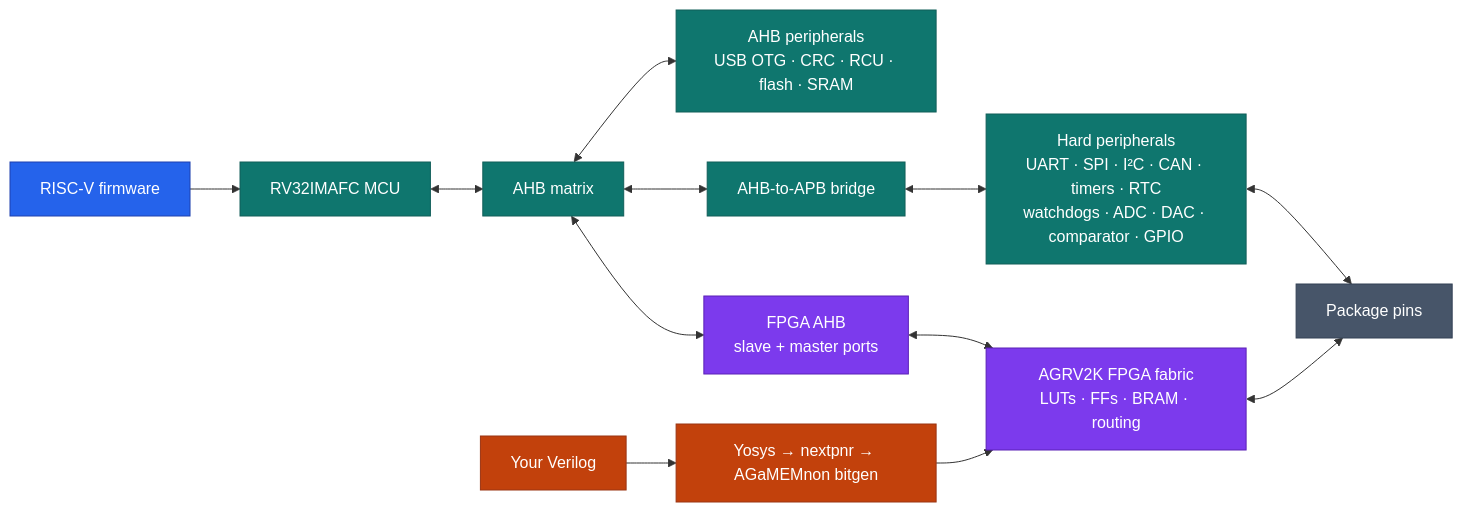
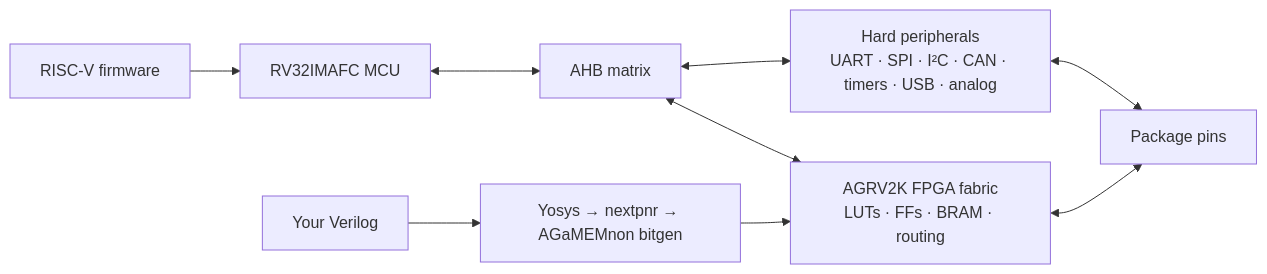
The diagram in docs/AG32_OVERVIEW.md (codeandsolder/AGaMEMnon), drawn with Mermaid before and after one commit. The commit also changed other lines of this file, not shown here.

````diff
--- a/docs/AG32_OVERVIEW.md
+++ b/docs/AG32_OVERVIEW.md
@@ -18,31 +18,11 @@
 ```mermaid
 flowchart LR
     FW["RISC-V firmware"] --> MCU["RV32IMAFC MCU"]
-
     MCU <--> AHB["AHB matrix"]
-
-    AHB <--> AHBP["AHB peripherals<br/>USB OTG · CRC · RCU · flash · SRAM"]
-    AHB <--> APB["AHB-to-APB bridge"]
-    APB <--> HARD["Hard peripherals<br/>UART · SPI · I²C · CAN · timers · RTC<br/>watchdogs · ADC · DAC · comparator · GPIO"]
-
+    AHB <--> HARD["Hard peripherals<br/>UART · SPI · I²C · CAN · timers · USB · analog"]
     RTL["Your Verilog"] --> FLOW["Yosys → nextpnr → AGaMEMnon bitgen"]
     FLOW --> FABRIC["AGRV2K FPGA fabric<br/>LUTs · FFs · BRAM · routing"]
-
-    AHB <--> PORTS["FPGA AHB<br/>slave + master ports"]
-    PORTS <--> FABRIC
-
+    AHB <--> FABRIC
     HARD <--> PINS["Package pins"]
     FABRIC <--> PINS
-
-    classDef firmware fill:#2563eb,stroke:#1e40af,color:#fff
-    classDef mcu fill:#0f766e,stroke:#115e59,color:#fff
-    classDef fabric fill:#7c3aed,stroke:#5b21b6,color:#fff
-    classDef tools fill:#c2410c,stroke:#9a3412,color:#fff
-    classDef physical fill:#475569,stroke:#334155,color:#fff
-
-    class FW firmware
-    class MCU,AHB,AHBP,APB,HARD mcu
-    class RTL,FLOW tools
-    class PORTS,FABRIC fabric
-    class PINS physical
 ```
````
